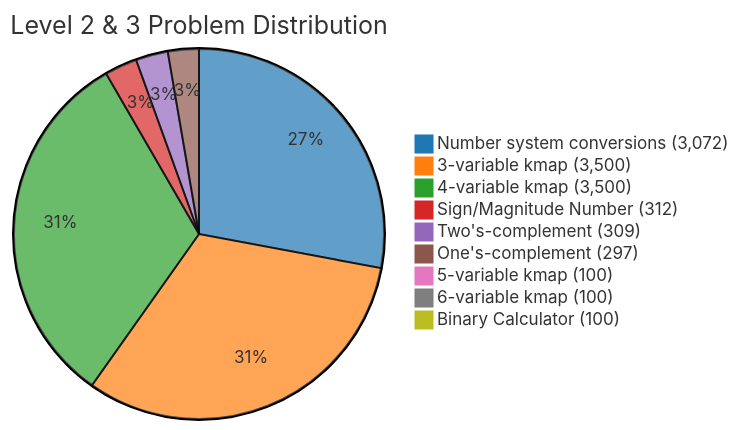
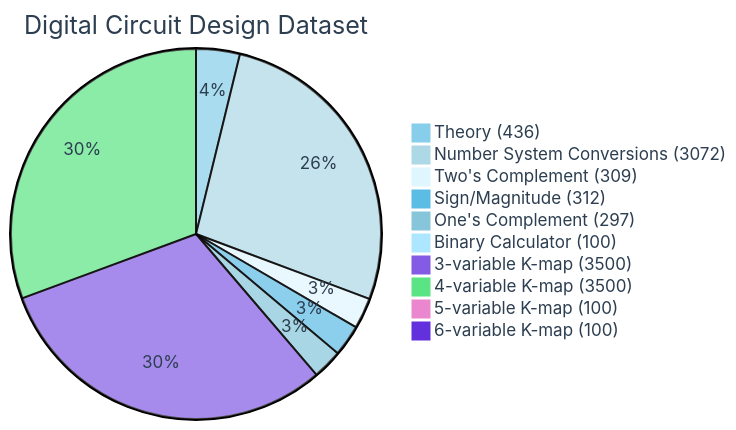
The second of 3 diagrams in README.md (duonggiang156/banchmark-edabk), drawn with Mermaid before and after one commit. The commit also changed other lines of this file, not shown here.

````diff
--- a/README.md
+++ b/README.md
@@ -246,13 +269,14 @@
 ```mermaid
-%%{init: {'theme':'base', 'themeVariables': { 'pie1': '#1f77b4', 'pie2': '#ff7f0e', 'pie3': '#2ca02c', 'pie4': '#d62728', 'pie5': '#9467bd', 'pie6': '#8c564b', 'pie7': '#e377c2', 'pie8': '#7f7f7f', 'pie9': '#bcbd22'}}}%%
-pie title Level 2 & 3 Problem Distribution
-    "Number system conversions (3,072)" : 3072
-    "3-variable kmap (3,500)" : 3500
-    "4-variable kmap (3,500)" : 3500
-    "Sign/Magnitude Number (312)" : 312
-    "Two's-complement (309)" : 309
-    "One's-complement (297)" : 297
-    "5-variable kmap (100)" : 100
-    "6-variable kmap (100)" : 100
+%%{init: {'theme':'base', 'themeVariables': { 'primaryColor': '#87CEEB', 'primaryTextColor': '#2C3E50', 'primaryBorderColor': '#4682B4', 'lineColor': '#B0C4DE', 'secondaryColor': '#ADD8E6', 'tertiaryColor': '#E0F6FF', 'background': '#F0F8FF', 'mainBkg': '#FFFFFF'}}}%%
+pie title Digital Circuit Design Dataset
+    "Theory (436)" : 436
+    "Number System Conversions (3072)" : 3072
+    "Two's Complement (309)" : 309
+    "Sign/Magnitude (312)" : 312
+    "One's Complement (297)" : 297
     "Binary Calculator (100)" : 100
+    "3-variable K-map (3500)" : 3500
+    "4-variable K-map (3500)" : 3500
+    "5-variable K-map (100)" : 100
+    "6-variable K-map (100)" : 100
 ```
````
